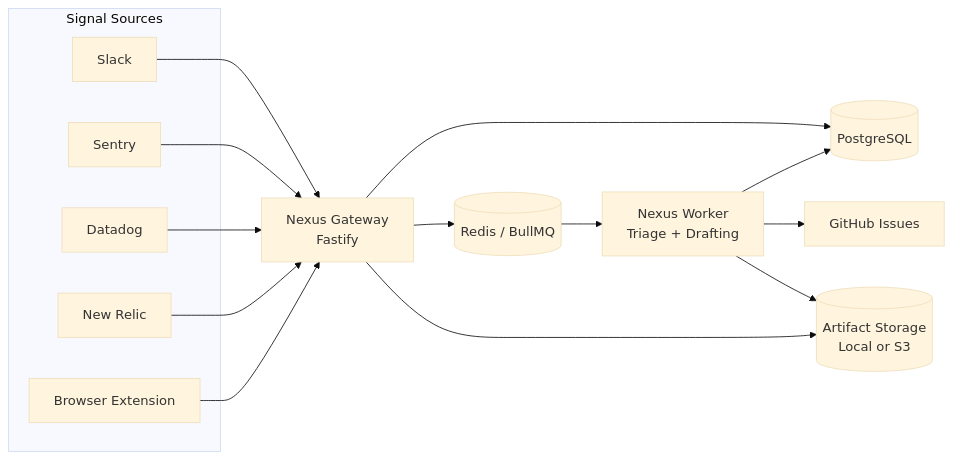
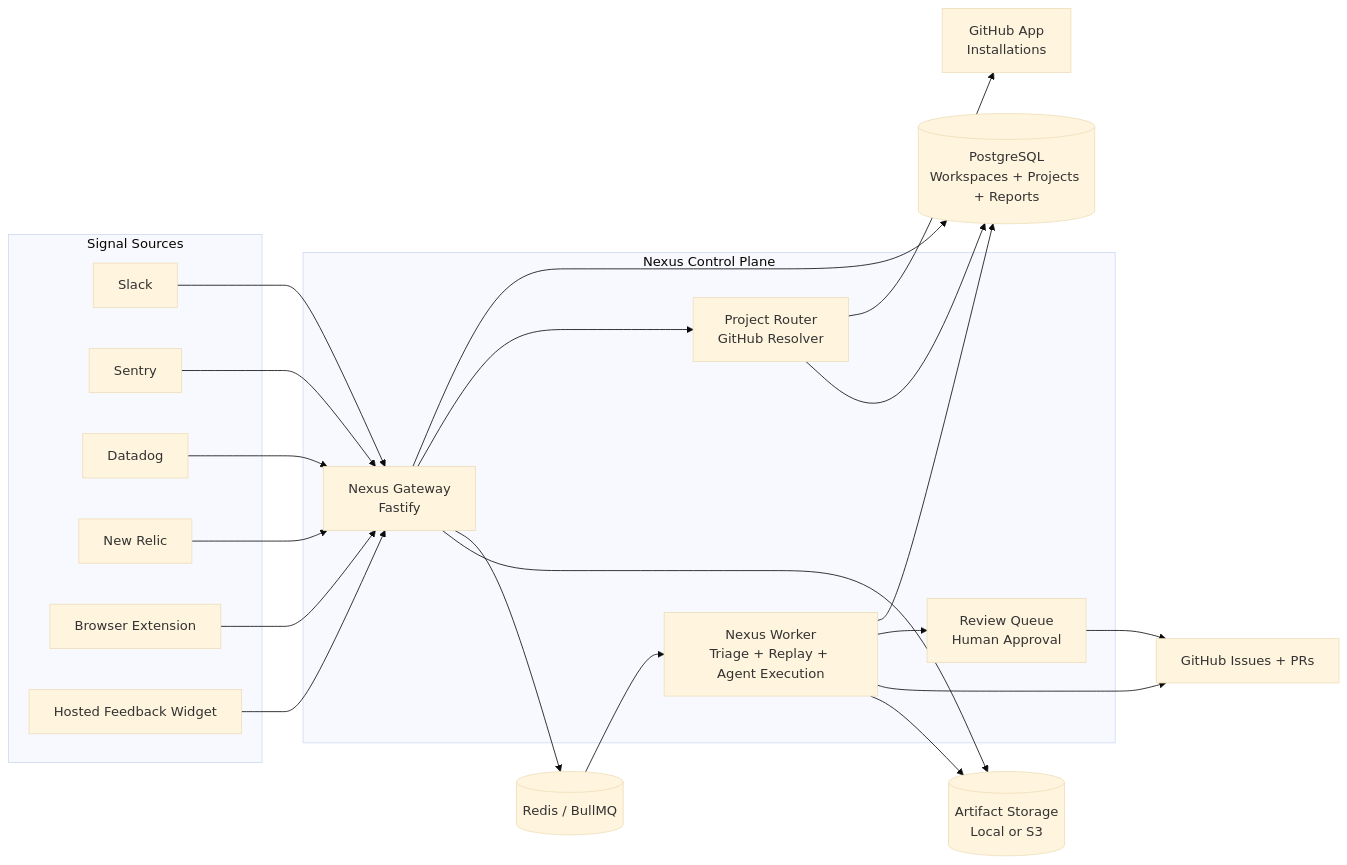
Before and after one commit to smithdavedesign/AI-Took-My-Job: the first of 3 diagrams in README.md, drawn with Mermaid (base theme). The commit also changed other lines of this file and 39 other files, not shown here.

Commit message:
Ship Phase 9 hosted feedback flow

````diff
--- a/README.md
+++ b/README.md
@@ -69,31 +76,44 @@
 ```mermaid
 flowchart LR
   subgraph Inputs[Signal Sources]
     Slack[Slack]
     Sentry[Sentry]
     Datadog[Datadog]
     NewRelic[New Relic]
     Extension[Browser Extension]
+    Widget[Hosted Feedback Widget]
   end
 
-  Gateway[Nexus Gateway\nFastify]
+  subgraph Control[Nexus Control Plane]
+    Gateway[Nexus Gateway\nFastify]
+    Router[Project Router\nGitHub Resolver]
+    Review[Review Queue\nHuman Approval]
+    Worker[Nexus Worker\nTriage + Replay + Agent Execution]
+  end
+
   Redis[(Redis / BullMQ)]
-  Worker[Nexus Worker\nTriage + Drafting]
-  Postgres[(PostgreSQL)]
+  Postgres[(PostgreSQL\nWorkspaces + Projects + Reports)]
   Artifacts[(Artifact Storage\nLocal or S3)]
-  GitHub[GitHub Issues]
+  GitHubApp[GitHub App\nInstallations]
+  GitHub[GitHub Issues + PRs]
 
   Slack --> Gateway
   Sentry --> Gateway
   Datadog --> Gateway
   NewRelic --> Gateway
   Extension --> Gateway
+  Widget --> Gateway
 
   Gateway --> Postgres
+  Gateway --> Router
   Gateway --> Redis
   Gateway --> Artifacts
   Redis --> Worker
   Worker --> Postgres
+  Worker --> Review
+  Review --> GitHub
+  Router --> GitHubApp
+  Router --> Postgres
   Worker --> GitHub
   Worker --> Artifacts
 ```
````
